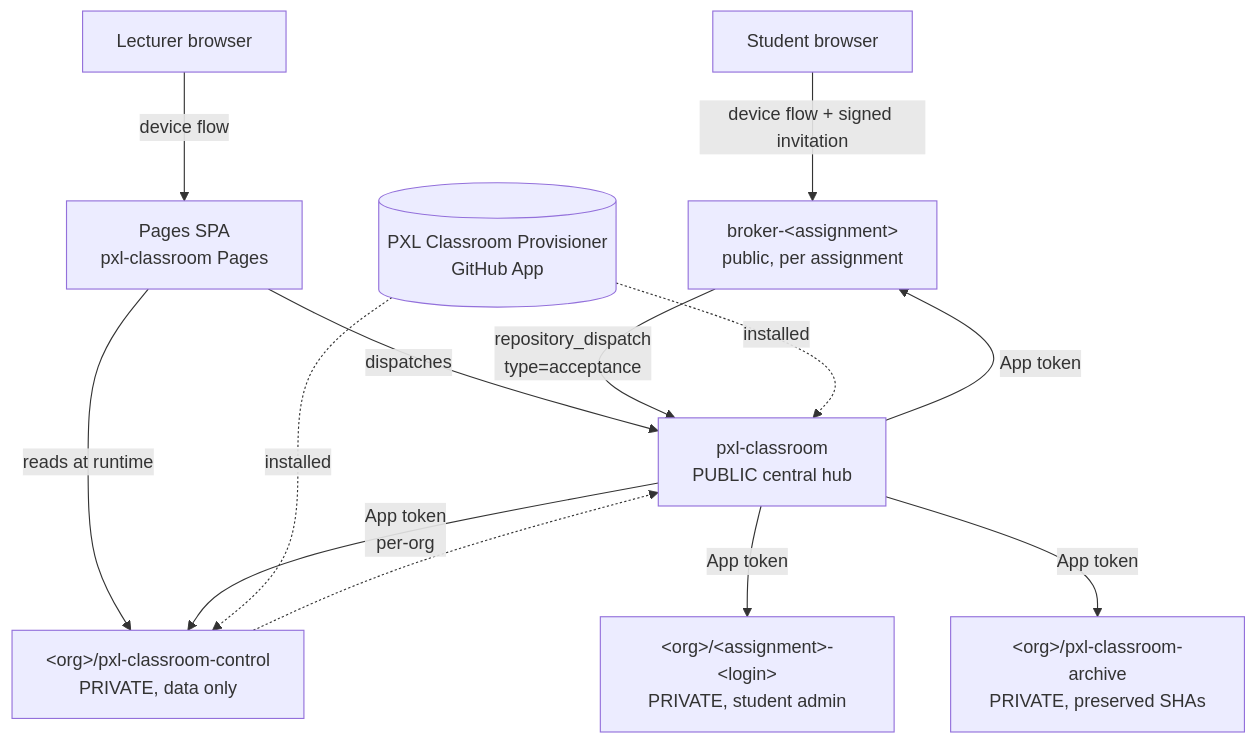
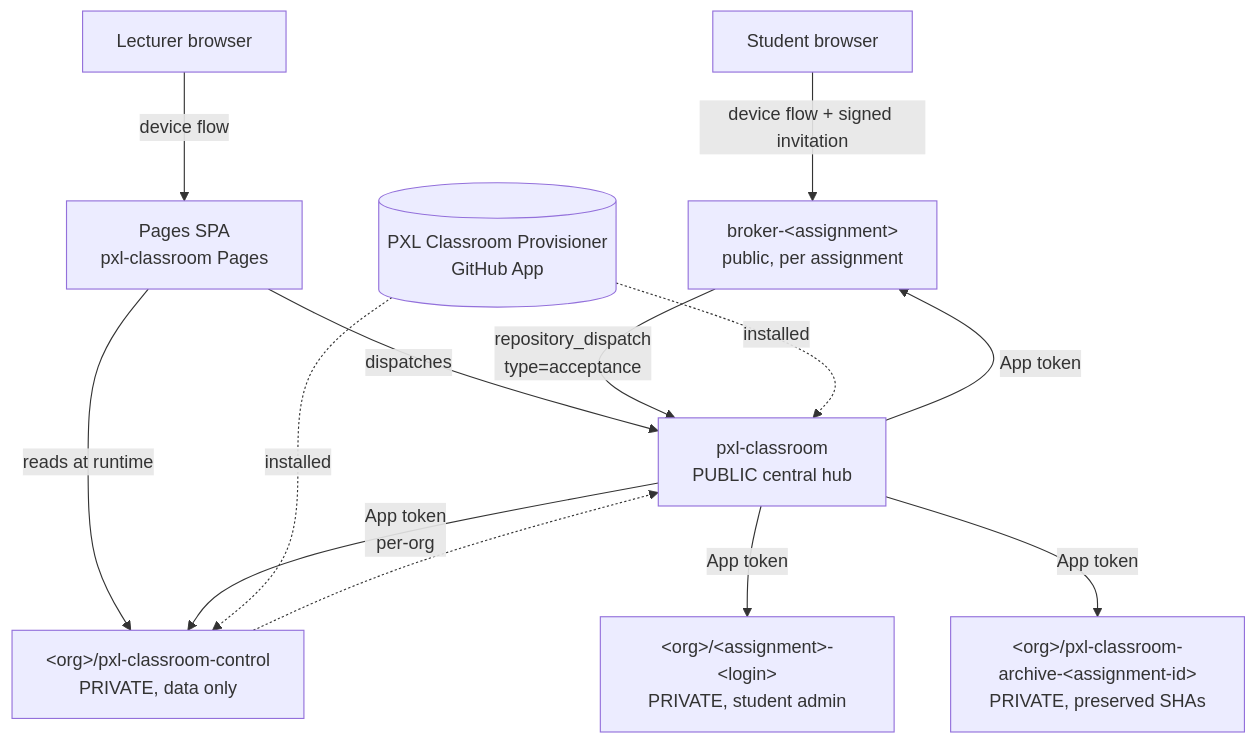
Before and after one commit to PXL-Digital-Application-Samples/pxl-classroom: the diagram in ARCHITECTURE.md, drawn with Mermaid. The commit also changed other lines of this file and 18 other files, not shown here.

````diff
--- a/ARCHITECTURE.md
+++ b/ARCHITECTURE.md
@@ -42,21 +42,21 @@
 ```mermaid
 graph TD
     Student[Student browser] -->|device flow + signed invitation| Broker
     Lecturer[Lecturer browser] -->|device flow| Pages
     Pages[Pages SPA<br/>pxl-classroom Pages] -->|reads at runtime| ControlRepo
     Pages -->|dispatches| Hub
 
     Broker[broker-&lt;assignment&gt;<br/>public, per assignment] -->|repository_dispatch<br/>type=acceptance| Hub
 
     Hub[pxl-classroom<br/>PUBLIC central hub] -->|App token<br/>per-org| ControlRepo
     Hub -->|App token| StudentRepo
     Hub -->|App token| Archive
     Hub -->|App token| Broker
 
     ControlRepo[&lt;org&gt;/pxl-classroom-control<br/>PRIVATE, data only] -.-> Hub
     StudentRepo[&lt;org&gt;/&lt;assignment&gt;-&lt;login&gt;<br/>PRIVATE, student admin]
-    Archive[&lt;org&gt;/pxl-classroom-archive<br/>PRIVATE, preserved SHAs]
+    Archive[&lt;org&gt;/pxl-classroom-archive-&lt;assignment-id&gt;<br/>PRIVATE, preserved SHAs]
 
     App[(PXL Classroom Provisioner<br/>GitHub App)] -.installed.-> ControlRepo
     App -.installed.-> Hub
 ```
````
